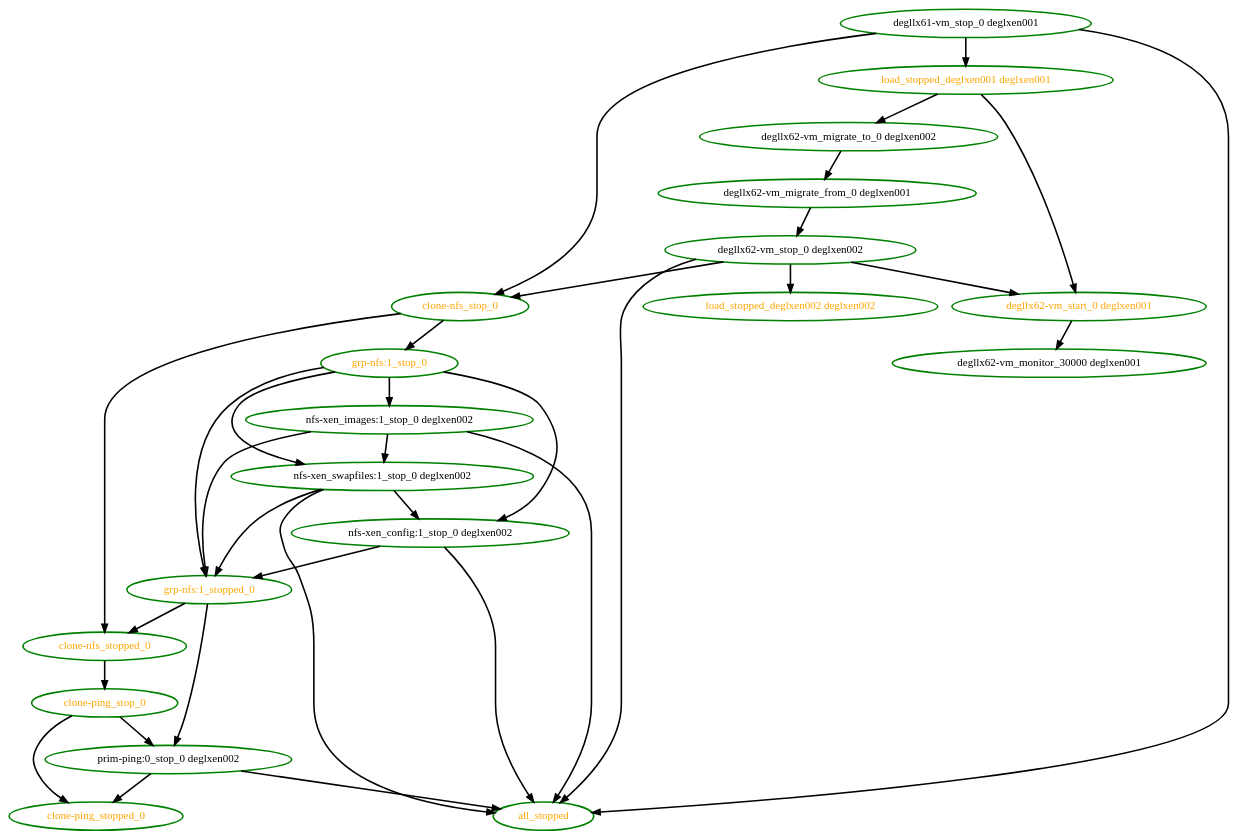
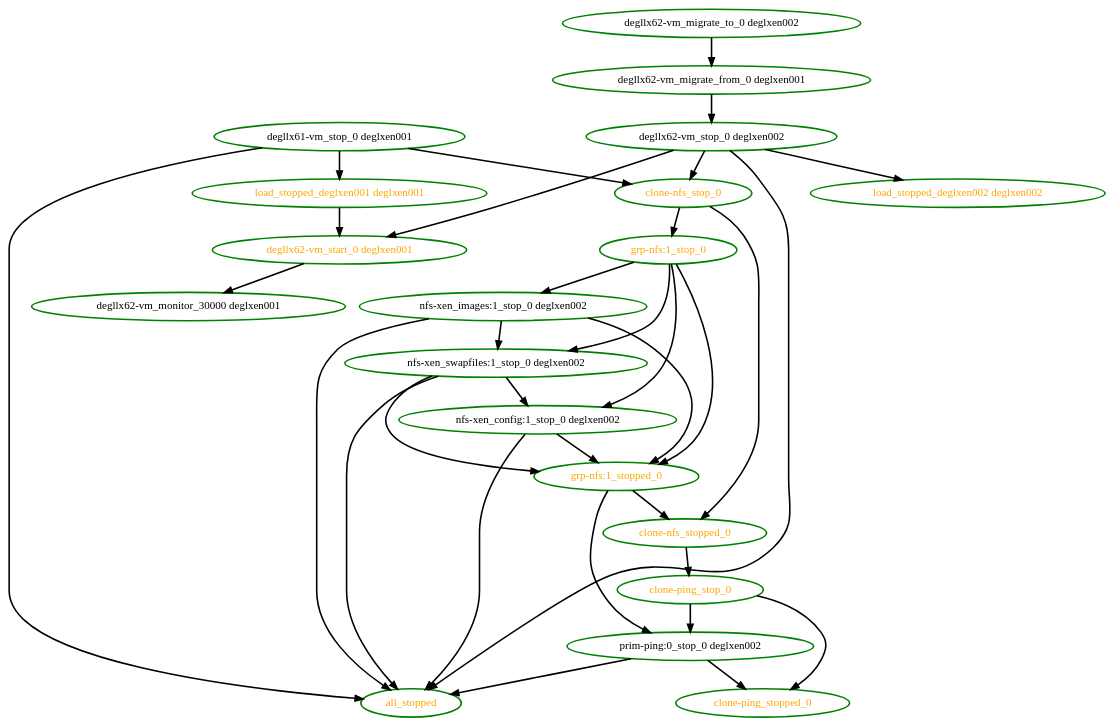
One commit to ClusterLabs/pacemaker changed the diagram in pengine/test10/utilization-order4.dot. Above: the diagram before and after it, drawn with Graphviz. The commit also changed 8 other files, not shown here.

Commit message:
Low: PE: Update regression tests for the load_stopped changes

```diff
--- a/pengine/test10/utilization-order4.dot
+++ b/pengine/test10/utilization-order4.dot
@@ -1,54 +1,53 @@
 digraph "g" {
 "all_stopped" [ style=bold color="green" fontcolor="orange" ]
 "clone-nfs_stop_0" -> "clone-nfs_stopped_0" [ style = bold]
 "clone-nfs_stop_0" -> "grp-nfs:1_stop_0" [ style = bold]
 "clone-nfs_stop_0" [ style=bold color="green" fontcolor="orange" ]
 "clone-nfs_stopped_0" -> "clone-ping_stop_0" [ style = bold]
 "clone-nfs_stopped_0" [ style=bold color="green" fontcolor="orange" ]
 "clone-ping_stop_0" -> "clone-ping_stopped_0" [ style = bold]
 "clone-ping_stop_0" -> "prim-ping:0_stop_0 deglxen002" [ style = bold]
 "clone-ping_stop_0" [ style=bold color="green" fontcolor="orange" ]
 "clone-ping_stopped_0" [ style=bold color="green" fontcolor="orange" ]
 "degllx61-vm_stop_0 deglxen001" -> "all_stopped" [ style = bold]
 "degllx61-vm_stop_0 deglxen001" -> "clone-nfs_stop_0" [ style = bold]
 "degllx61-vm_stop_0 deglxen001" -> "load_stopped_deglxen001 deglxen001" [ style = bold]
 "degllx61-vm_stop_0 deglxen001" [ style=bold color="green" fontcolor="black" ]
 "degllx62-vm_migrate_from_0 deglxen001" -> "degllx62-vm_stop_0 deglxen002" [ style = bold]
 "degllx62-vm_migrate_from_0 deglxen001" [ style=bold color="green" fontcolor="black" ]
 "degllx62-vm_migrate_to_0 deglxen002" -> "degllx62-vm_migrate_from_0 deglxen001" [ style = bold]
 "degllx62-vm_migrate_to_0 deglxen002" [ style=bold color="green" fontcolor="black" ]
 "degllx62-vm_monitor_30000 deglxen001" [ style=bold color="green" fontcolor="black" ]
 "degllx62-vm_start_0 deglxen001" -> "degllx62-vm_monitor_30000 deglxen001" [ style = bold]
 "degllx62-vm_start_0 deglxen001" [ style=bold color="green" fontcolor="orange" ]
 "degllx62-vm_stop_0 deglxen002" -> "all_stopped" [ style = bold]
 "degllx62-vm_stop_0 deglxen002" -> "clone-nfs_stop_0" [ style = bold]
 "degllx62-vm_stop_0 deglxen002" -> "degllx62-vm_start_0 deglxen001" [ style = bold]
 "degllx62-vm_stop_0 deglxen002" -> "load_stopped_deglxen002 deglxen002" [ style = bold]
 "degllx62-vm_stop_0 deglxen002" [ style=bold color="green" fontcolor="black" ]
 "grp-nfs:1_stop_0" -> "grp-nfs:1_stopped_0" [ style = bold]
 "grp-nfs:1_stop_0" -> "nfs-xen_config:1_stop_0 deglxen002" [ style = bold]
 "grp-nfs:1_stop_0" -> "nfs-xen_images:1_stop_0 deglxen002" [ style = bold]
 "grp-nfs:1_stop_0" -> "nfs-xen_swapfiles:1_stop_0 deglxen002" [ style = bold]
 "grp-nfs:1_stop_0" [ style=bold color="green" fontcolor="orange" ]
 "grp-nfs:1_stopped_0" -> "clone-nfs_stopped_0" [ style = bold]
 "grp-nfs:1_stopped_0" -> "prim-ping:0_stop_0 deglxen002" [ style = bold]
 "grp-nfs:1_stopped_0" [ style=bold color="green" fontcolor="orange" ]
-"load_stopped_deglxen001 deglxen001" -> "degllx62-vm_migrate_to_0 deglxen002" [ style = bold]
 "load_stopped_deglxen001 deglxen001" -> "degllx62-vm_start_0 deglxen001" [ style = bold]
 "load_stopped_deglxen001 deglxen001" [ style=bold color="green" fontcolor="orange" ]
 "load_stopped_deglxen002 deglxen002" [ style=bold color="green" fontcolor="orange" ]
 "nfs-xen_config:1_stop_0 deglxen002" -> "all_stopped" [ style = bold]
 "nfs-xen_config:1_stop_0 deglxen002" -> "grp-nfs:1_stopped_0" [ style = bold]
 "nfs-xen_config:1_stop_0 deglxen002" [ style=bold color="green" fontcolor="black" ]
 "nfs-xen_images:1_stop_0 deglxen002" -> "all_stopped" [ style = bold]
 "nfs-xen_images:1_stop_0 deglxen002" -> "grp-nfs:1_stopped_0" [ style = bold]
 "nfs-xen_images:1_stop_0 deglxen002" -> "nfs-xen_swapfiles:1_stop_0 deglxen002" [ style = bold]
 "nfs-xen_images:1_stop_0 deglxen002" [ style=bold color="green" fontcolor="black" ]
 "nfs-xen_swapfiles:1_stop_0 deglxen002" -> "all_stopped" [ style = bold]
 "nfs-xen_swapfiles:1_stop_0 deglxen002" -> "grp-nfs:1_stopped_0" [ style = bold]
 "nfs-xen_swapfiles:1_stop_0 deglxen002" -> "nfs-xen_config:1_stop_0 deglxen002" [ style = bold]
 "nfs-xen_swapfiles:1_stop_0 deglxen002" [ style=bold color="green" fontcolor="black" ]
 "prim-ping:0_stop_0 deglxen002" -> "all_stopped" [ style = bold]
 "prim-ping:0_stop_0 deglxen002" -> "clone-ping_stopped_0" [ style = bold]
 "prim-ping:0_stop_0 deglxen002" [ style=bold color="green" fontcolor="black" ]
 }
```
